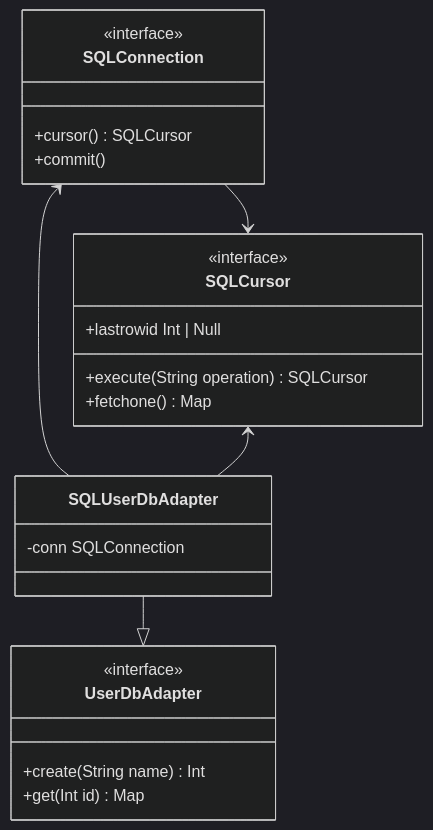
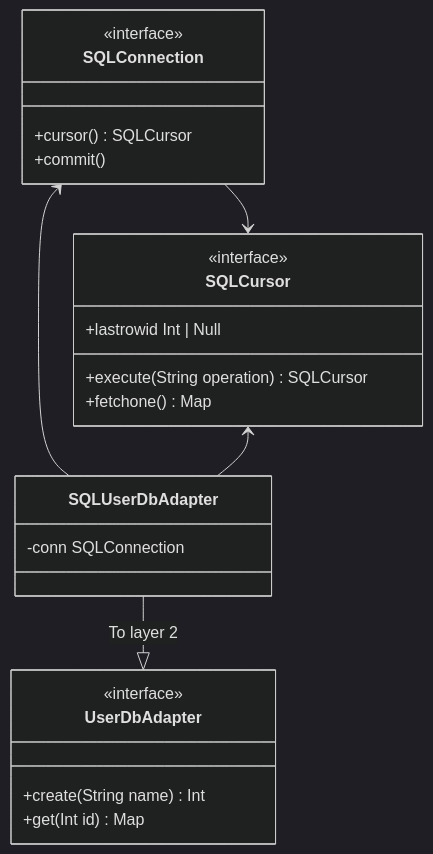
The fourth of 5 diagrams in backend/README.md (janheindejong/outhouse), drawn with Mermaid (dark theme) before and after one commit. The commit also changed other lines of this file, not shown here.

````diff
--- a/backend/README.md
+++ b/backend/README.md
@@ -59,30 +59,30 @@
 ```mermaid 
 classDiagram 
 class SQLConnection {
     <<interface>>
     +cursor() SQLCursor
     +commit()
 }
 
 class SQLCursor {
     <<interface>>
     +lastrowid Int | Null
     +execute(String operation) SQLCursor
     +fetchone() Map
 }
 
 class UserDbAdapter {
     <<interface>>
     +create(String name) Int
     +get(Int id) Map
 }
 
 class SQLUserDbAdapter {
     -conn SQLConnection
 }
 
-SQLUserDbAdapter --|> UserDbAdapter
+SQLUserDbAdapter --|> UserDbAdapter : To layer 2
 SQLConnection <-- SQLUserDbAdapter
 SQLCursor <-- SQLUserDbAdapter
 SQLConnection --> SQLCursor
 ```
````
